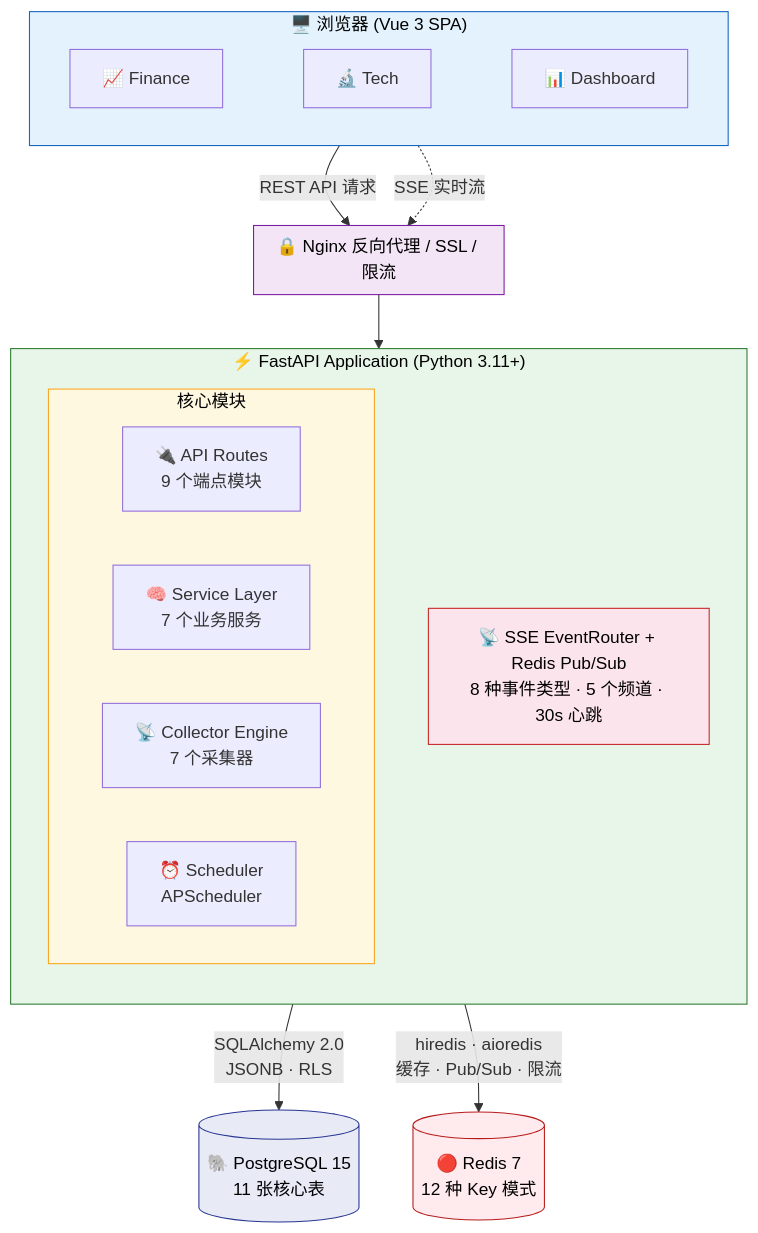
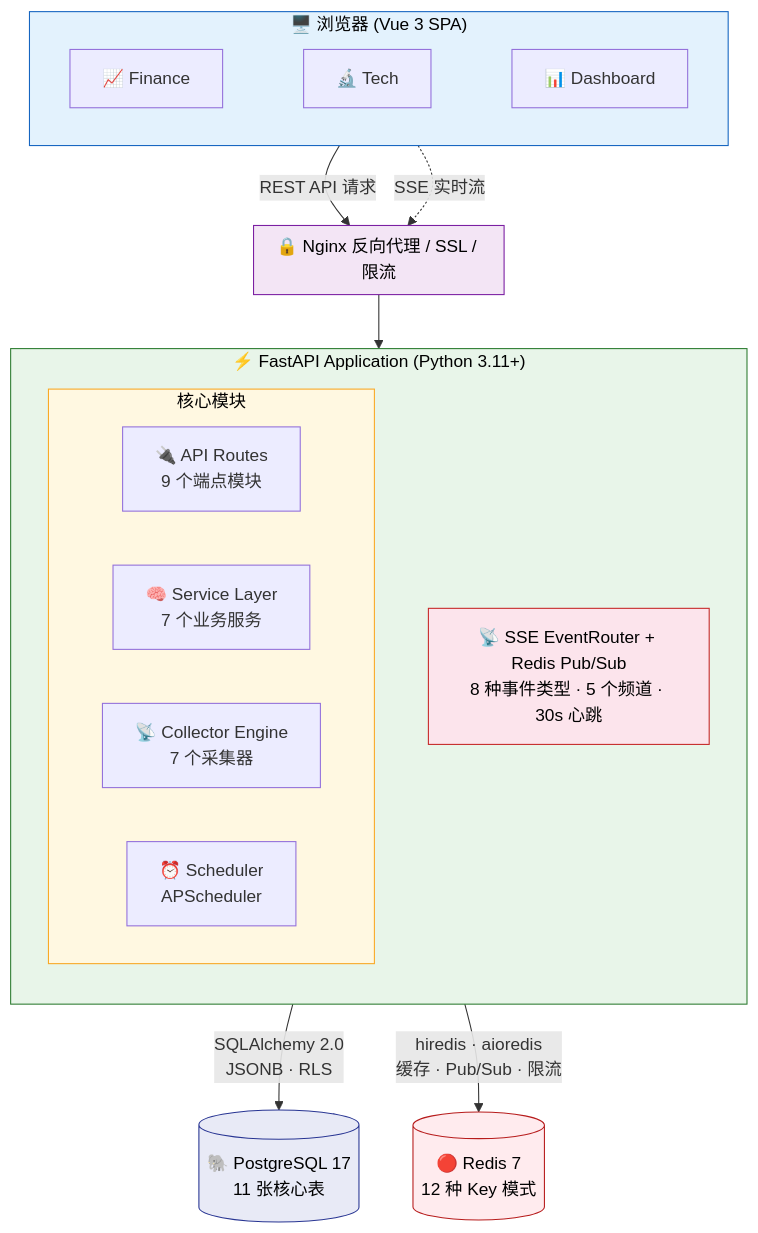
The first of 2 diagrams in README.md (onceme/instantboard), drawn with Mermaid before and after one commit. The commit also changed other lines of this file and 2 other files, not shown here.

````diff
--- a/README.md
+++ b/README.md
@@ -88,41 +89,41 @@
 ```mermaid
 graph TB
     subgraph Browser["🖥️ 浏览器 (Vue 3 SPA)"]
         direction LR
         Finance["📈 Finance"] ~~~ Tech["🔬 Tech"] ~~~ Dashboard["📊 Dashboard"]
     end
 
     Browser -->|"REST API 请求"| Nginx
     Browser -.->|"SSE 实时流"| Nginx
 
     subgraph Nginx["🔒 Nginx 反向代理 / SSL / 限流"]
     end
 
     Nginx --> App
 
     subgraph App["⚡ FastAPI Application (Python 3.11+)"]
         direction TB
         subgraph Modules["核心模块"]
             direction LR
             API["🔌 API Routes<br/>9 个端点模块"]
             Service["🧠 Service Layer<br/>7 个业务服务"]
             Collector["📡 Collector Engine<br/>7 个采集器"]
             Scheduler["⏰ Scheduler<br/>APScheduler"]
         end
         SSE["📡 SSE EventRouter + Redis Pub/Sub<br/>8 种事件类型 · 5 个频道 · 30s 心跳"]
     end
 
     App -->|"SQLAlchemy 2.0<br/>JSONB · RLS"| PG
     App -->|"hiredis · aioredis<br/>缓存 · Pub/Sub · 限流"| Redis
 
-    PG[("🐘 PostgreSQL 15<br/>11 张核心表")]
+    PG[("🐘 PostgreSQL 17<br/>11 张核心表")]
     Redis[("🔴 Redis 7<br/>12 种 Key 模式")]
 
     style Browser fill:#e3f2fd,stroke:#1565c0,color:#000
     style Nginx fill:#f3e5f5,stroke:#7b1fa2,color:#000
     style App fill:#e8f5e9,stroke:#2e7d32,color:#000
     style Modules fill:#fff8e1,stroke:#f9a825,color:#000
     style SSE fill:#fce4ec,stroke:#c62828,color:#000
     style PG fill:#e8eaf6,stroke:#283593,color:#000
     style Redis fill:#ffebee,stroke:#b71c1c,color:#000
 ```
````
